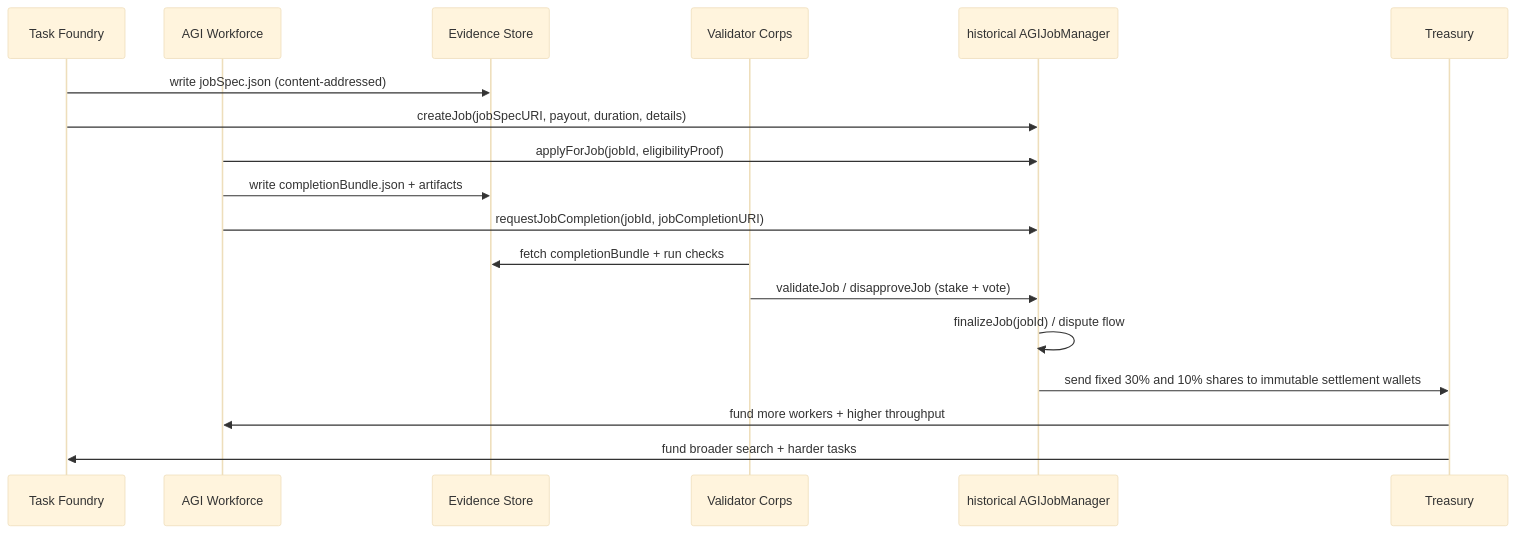
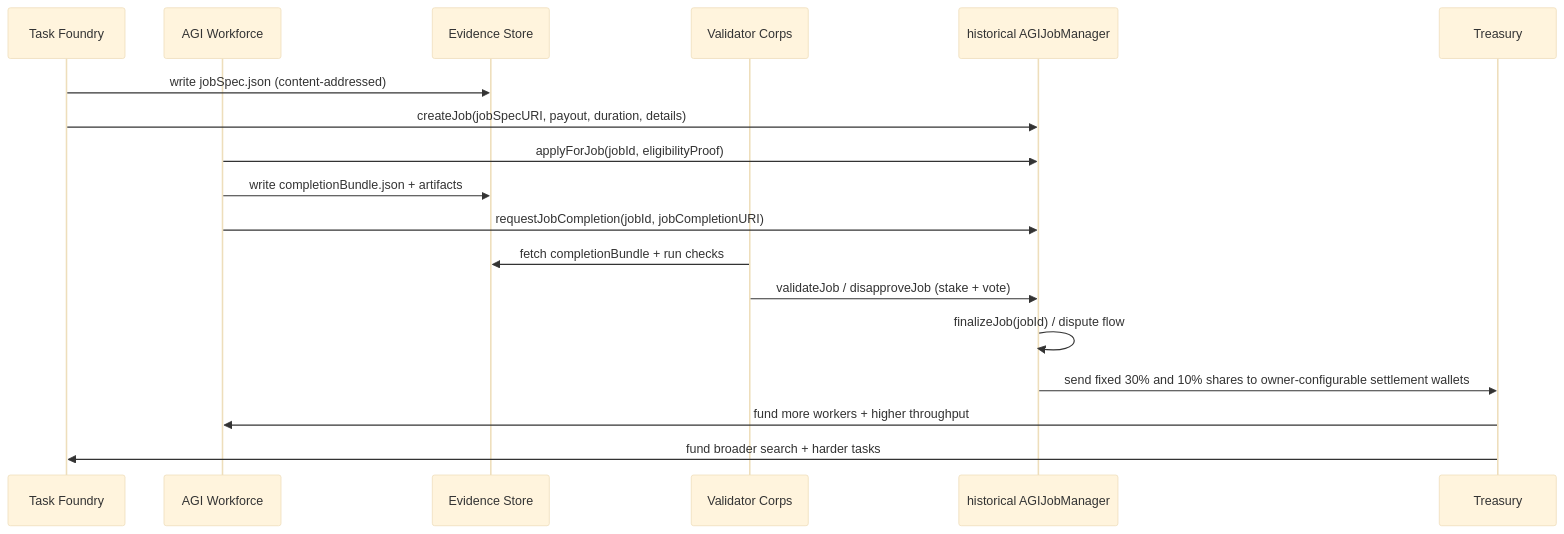
The second of 4 diagrams in docs/Operational-Blueprint-for-a-Task-Foundry-AGI-Workforce-Flywheel.md (MontrealAI/AGIJobManager), drawn with Mermaid (base theme) before and after one commit. The commit also changed 90 other files, not shown here.

Commit message:
Prepare v0.7.0 USDC settlement with guarded owner controls and updated tooling

````diff
--- a/docs/Operational-Blueprint-for-a-Task-Foundry-AGI-Workforce-Flywheel.md
+++ b/docs/Operational-Blueprint-for-a-Task-Foundry-AGI-Workforce-Flywheel.md
@@ -94,21 +94,21 @@
 ```mermaid
 sequenceDiagram
   participant TF as Task Foundry
   participant WF as AGI Workforce
   participant EV as Evidence Store
   participant VC as Validator Corps
   participant JM as historical AGIJobManager
   participant TR as Treasury
 
   TF->>EV: write jobSpec.json (content-addressed)
   TF->>JM: createJob(jobSpecURI, payout, duration, details)
   WF->>JM: applyForJob(jobId, eligibilityProof)
   WF->>EV: write completionBundle.json + artifacts
   WF->>JM: requestJobCompletion(jobId, jobCompletionURI)
   VC->>EV: fetch completionBundle + run checks
   VC->>JM: validateJob / disapproveJob (stake + vote)
   JM->>JM: finalizeJob(jobId) / dispute flow
-  JM->>TR: send fixed 30% and 10% shares to immutable settlement wallets
+  JM->>TR: send fixed 30% and 10% shares to owner-configurable settlement wallets
   TR->>WF: fund more workers + higher throughput
   TR->>TF: fund broader search + harder tasks
 ```
````
